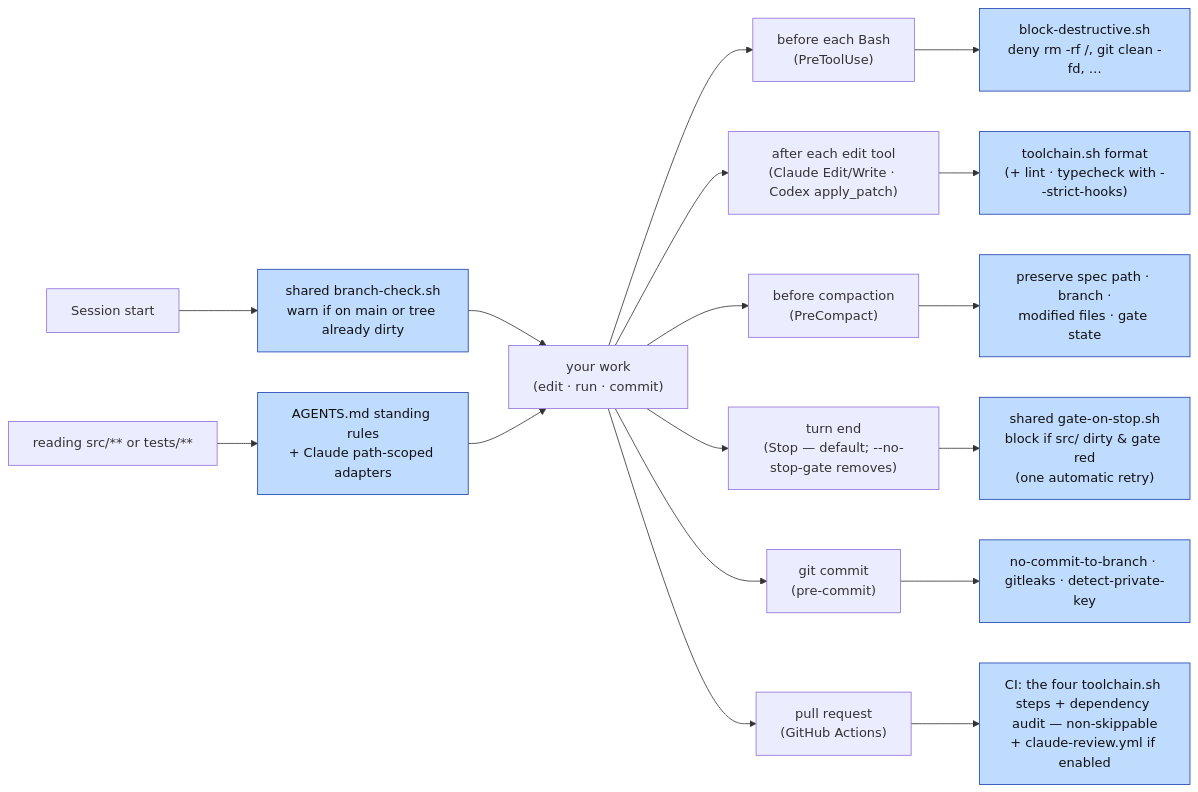
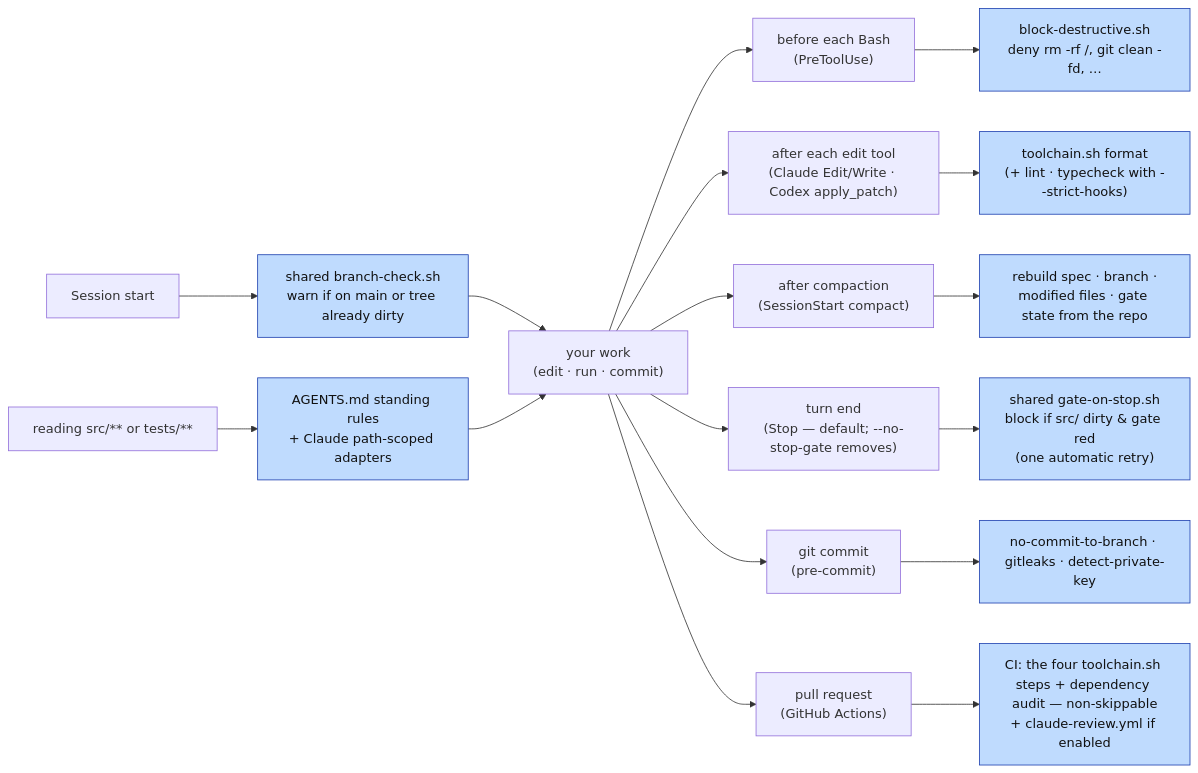
Before and after one commit to bbirkinbine/agentic-scaffold: the fourth of 6 diagrams in custom/docs/workflow-diagram.md, drawn with Mermaid. The commit also changed 34 other files, not shown here.

First line of the commit message:
Move the compaction reminder to SessionStart compact

````diff
--- a/custom/docs/workflow-diagram.md
+++ b/custom/docs/workflow-diagram.md
@@ -179,15 +179,15 @@
 ```mermaid
 flowchart LR
     W["your work<br/>(edit · run · commit)"]
     SS["Session start"] --> SSb["shared branch-check.sh<br/>warn if on main or tree already dirty"] --> W
     RL["reading src/** or tests/**"] --> RLb["AGENTS.md standing rules<br/>+ Claude path-scoped adapters"] --> W
     W --> PRE["before each Bash<br/>(PreToolUse)"] --> PREb["block-destructive.sh<br/>deny rm -rf /, git clean -fd, …"]
     W --> POST["after each edit tool<br/>(Claude Edit/Write · Codex apply_patch)"] --> POSTb["toolchain.sh format<br/>(+ lint · typecheck with --strict-hooks)"]
-    W --> CMP["before compaction<br/>(PreCompact)"] --> CMPb["preserve spec path · branch ·<br/>modified files · gate state"]
+    W --> CMP["after compaction<br/>(SessionStart compact)"] --> CMPb["rebuild spec · branch ·<br/>modified files · gate state from the repo"]
     W --> STOP["turn end<br/>(Stop — default; --no-stop-gate removes)"] --> STOPb["shared gate-on-stop.sh<br/>block if src/ dirty & gate red<br/>(one automatic retry)"]
     W --> PC["git commit<br/>(pre-commit)"] --> PCb["no-commit-to-branch · gitleaks · detect-private-key"]
     W --> CIp["pull request<br/>(GitHub Actions)"] --> CIb["CI: the four toolchain.sh steps + dependency audit — non-skippable<br/>+ claude-review.yml if enabled"]
 
     classDef auto fill:#bfdbfe,stroke:#1e40af,color:#111;
     class SSb,RLb,PREb,POSTb,CMPb,STOPb,PCb,CIb auto;
 ```
````
